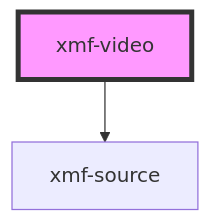
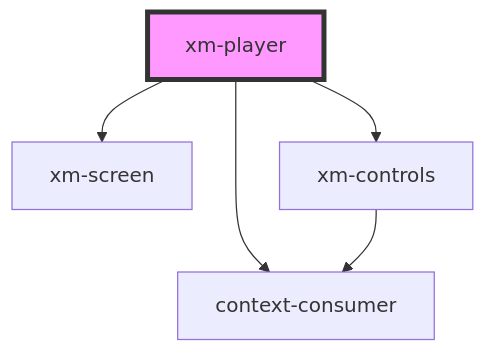
Before and after one commit to openHPI/xikolo-video-player: the diagram in src/components/player/readme.md, drawn with Mermaid. The commit also changed other lines of this file and 4 other files, not shown here.

````diff
--- a/src/components/player/readme.md
+++ b/src/components/player/readme.md
@@ -65,5 +40,8 @@
 ```mermaid
 graph TD;
-  xmf-video --> xmf-source
-  style xmf-video fill:#f9f,stroke:#333,stroke-width:4px
+  xm-player --> xm-screen
+  xm-player --> xm-controls
+  xm-player --> context-consumer
+  xm-controls --> context-consumer
+  style xm-player fill:#f9f,stroke:#333,stroke-width:4px
 ```
````
